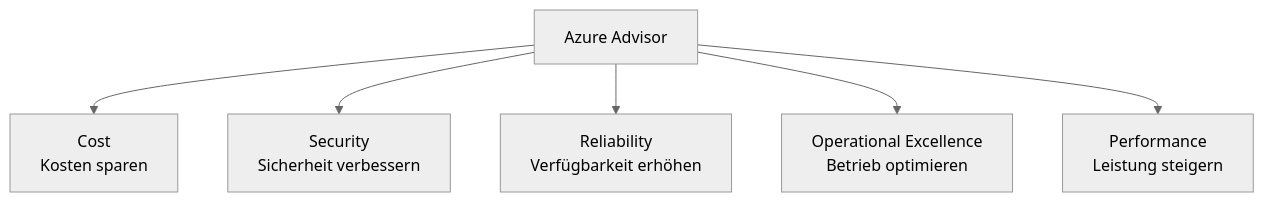
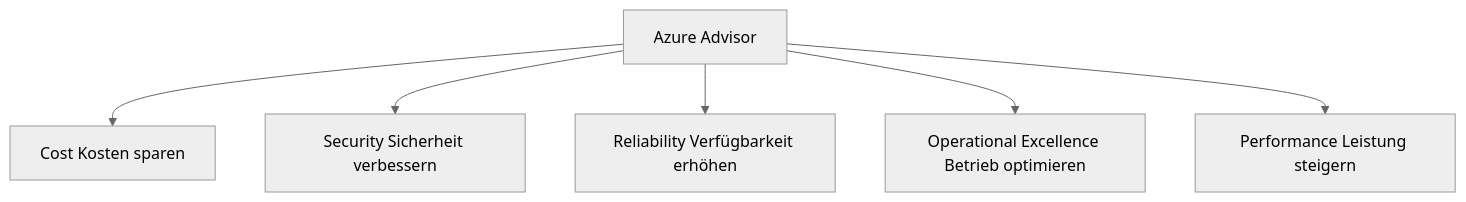
The first of 2 diagrams in Microsoft 365/Azure/Grundlagen/Azure Advisor.md (SoniiiT/notes-n-docs), drawn with Mermaid (neutral theme) before and after one commit. The commit also changed other lines of this file and 124 other files, not shown here.

First line of the commit message:
fix: Entferne \n aus allen Mermaid-Diagrammen (125 Dateien)

````diff
--- a/Microsoft 365/Azure/Grundlagen/Azure Advisor.md
+++ b/Microsoft 365/Azure/Grundlagen/Azure Advisor.md
@@ -40,8 +40,8 @@
 ```mermaid
 graph TD
-    ADV[Azure Advisor] --> COST[Cost\nKosten sparen]
-    ADV --> SEC[Security\nSicherheit verbessern]
-    ADV --> REL[Reliability\nVerfügbarkeit erhöhen]
-    ADV --> OPS[Operational Excellence\nBetrieb optimieren]
-    ADV --> PERF[Performance\nLeistung steigern]
+    ADV[Azure Advisor] --> COST[Cost Kosten sparen]
+    ADV --> SEC[Security Sicherheit verbessern]
+    ADV --> REL[Reliability Verfügbarkeit erhöhen]
+    ADV --> OPS[Operational Excellence Betrieb optimieren]
+    ADV --> PERF[Performance Leistung steigern]
 ```
````
